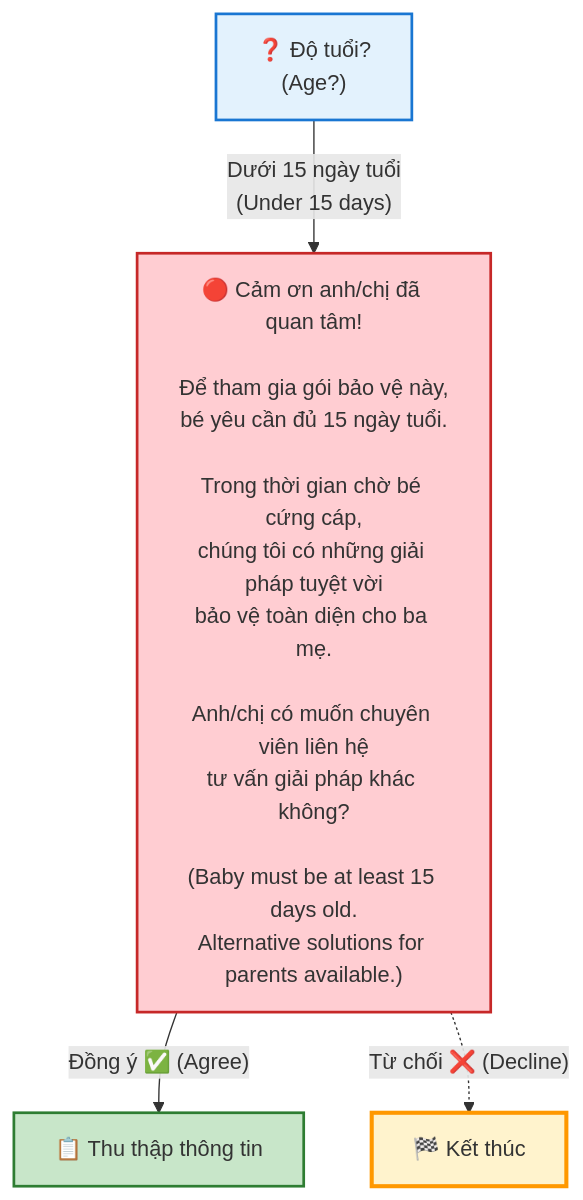
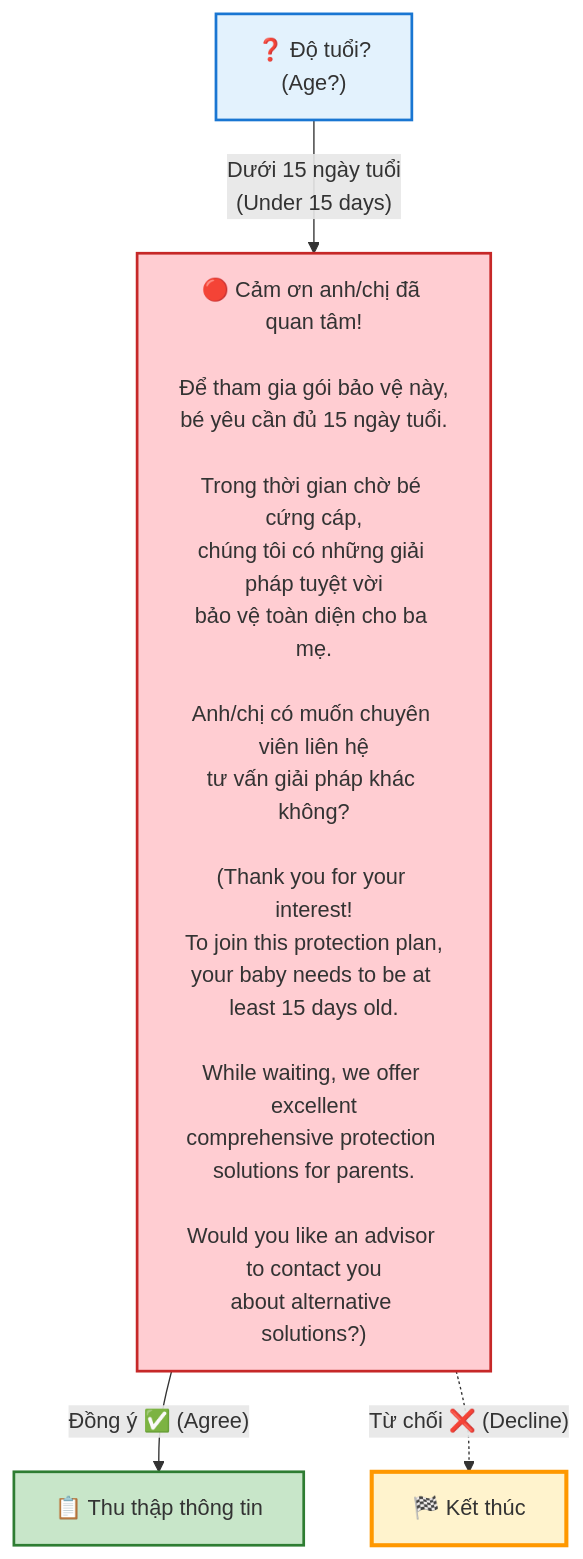
Before and after one commit to cafechungkhoan/ALCV_Automation: the third of 7 diagrams in Conditional Form Workflow.md, drawn with Mermaid. The commit also changed other lines of this file, not shown here.

````diff
--- a/Conditional Form Workflow.md
+++ b/Conditional Form Workflow.md
@@ -89,12 +123,12 @@
 ```mermaid
 graph TD
-    Q1["❓ Độ tuổi?<br/>(Age?)"]:::question -->|"Dưới 15 ngày tuổi<br/>(Under 15 days)"| NOTICE["🔴 Cảm ơn anh/chị đã quan tâm!<br/><br/>Để tham gia gói bảo vệ này,<br/>bé yêu cần đủ 15 ngày tuổi.<br/><br/>Trong thời gian chờ bé cứng cáp,<br/>chúng tôi có những giải pháp tuyệt vời<br/>bảo vệ toàn diện cho ba mẹ.<br/><br/>Anh/chị có muốn chuyên viên liên hệ<br/>tư vấn giải pháp khác không?<br/><br/>(Baby must be at least 15 days old.<br/>Alternative solutions for parents available.)"]:::rejected
+    Q1["❓ Độ tuổi?<br/>(Age?)"]:::question -->|"Dưới 15 ngày tuổi<br/>(Under 15 days)"| NOTICE["🔴 Cảm ơn anh/chị đã quan tâm!<br/><br/>Để tham gia gói bảo vệ này,<br/>bé yêu cần đủ 15 ngày tuổi.<br/><br/>Trong thời gian chờ bé cứng cáp,<br/>chúng tôi có những giải pháp tuyệt vời<br/>bảo vệ toàn diện cho ba mẹ.<br/><br/>Anh/chị có muốn chuyên viên liên hệ<br/>tư vấn giải pháp khác không?<br/><br/>(Thank you for your interest!<br/>To join this protection plan,<br/>your baby needs to be at least 15 days old.<br/><br/>While waiting, we offer excellent<br/>comprehensive protection solutions for parents.<br/><br/>Would you like an advisor to contact you<br/>about alternative solutions?)"]:::rejected
 
     NOTICE -->|"Đồng ý ✅ (Agree)"| COLLECT["📋 Thu thập thông tin"]:::happy
     NOTICE -.->|"Từ chối ❌ (Decline)"| END_NODE["🏁 Kết thúc"]:::start
 
     classDef question fill:#e3f2fd,stroke:#1976d2,stroke-width:2px,color:#333
     classDef rejected fill:#ffcdd2,stroke:#c62828,stroke-width:2px,color:#333
     classDef happy fill:#c8e6c9,stroke:#2e7d32,stroke-width:2px,color:#333
     classDef start fill:#fff3cd,stroke:#ff9800,stroke-width:3px,color:#333
 ```
````
